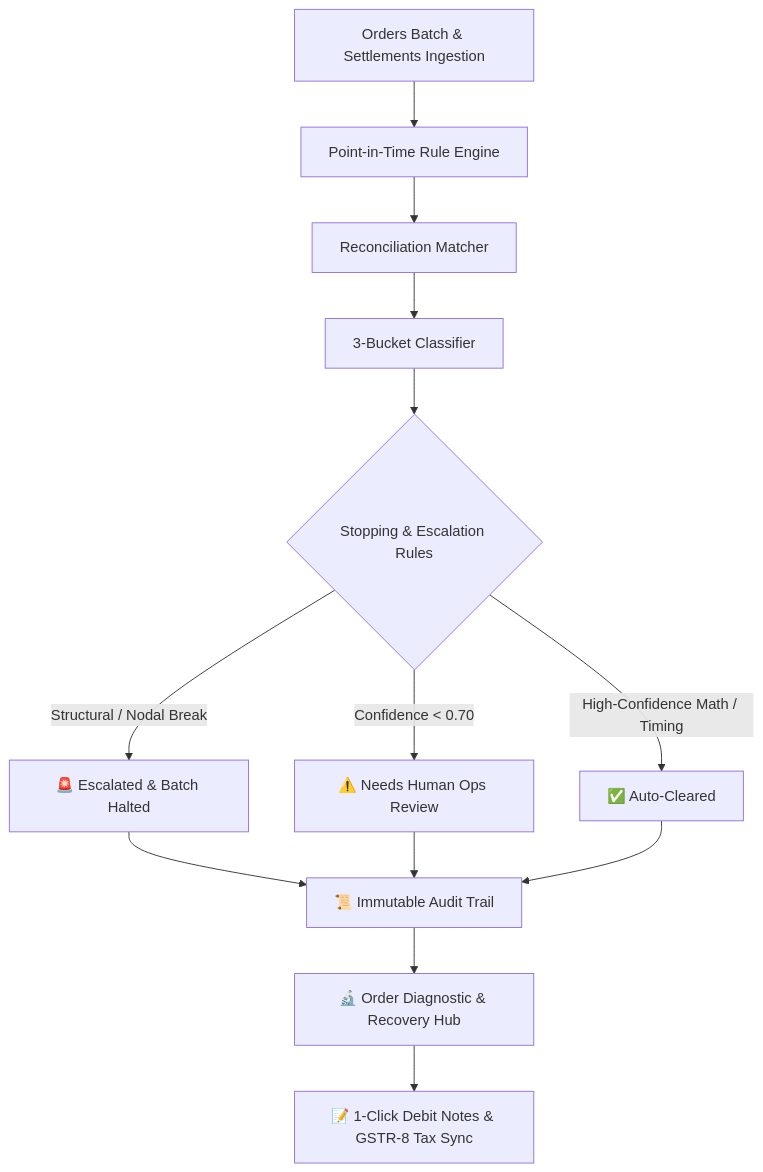
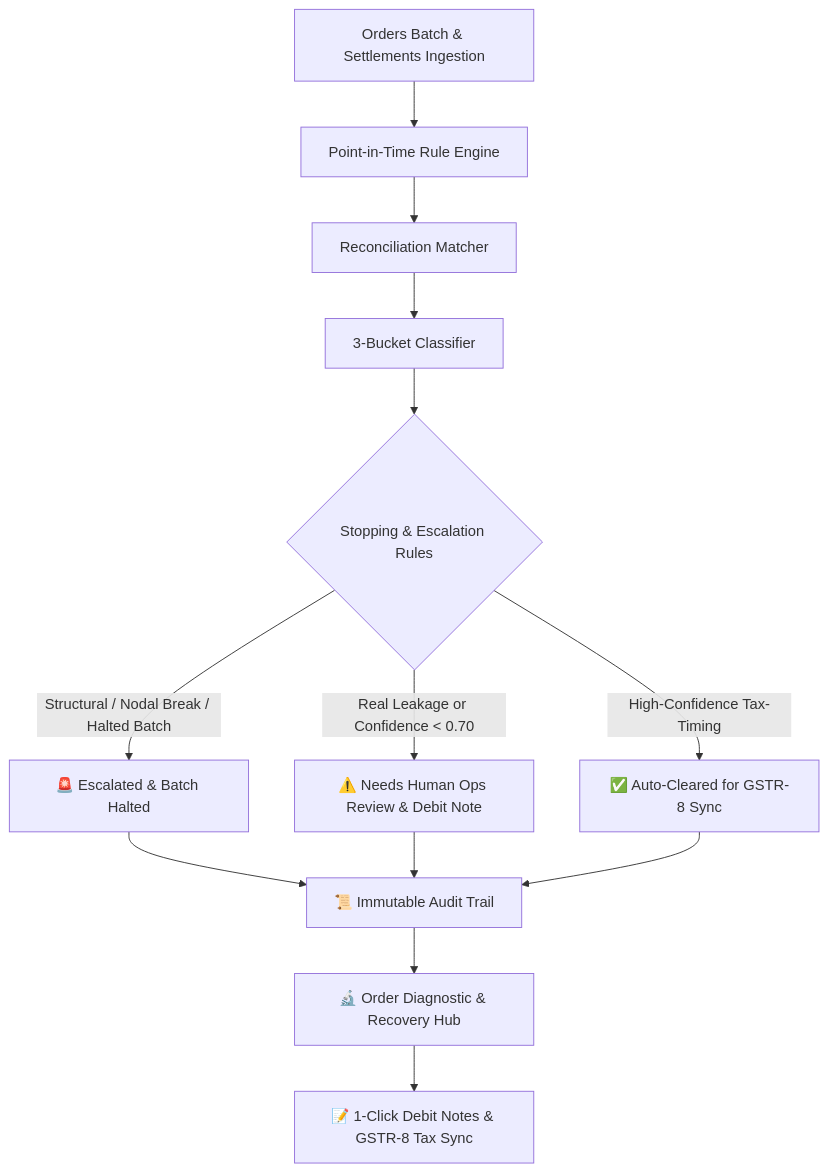
One commit to ParthKhandelwal537/split-settlement-leakage-detector changed the diagram in README.md. Above: the diagram before and after it, drawn with Mermaid. The commit also changed other lines of this file and 11 other files, not shown here.

````diff
--- a/README.md
+++ b/README.md
@@ -27,13 +27,13 @@
 ```mermaid
 graph TD
     A[Orders Batch & Settlements Ingestion] --> B[Point-in-Time Rule Engine]
     B --> C[Reconciliation Matcher]
     C --> D[3-Bucket Classifier]
     D --> E{Stopping & Escalation Rules}
-    E -->|Structural / Nodal Break| F[🚨 Escalated & Batch Halted]
-    E -->|Confidence < 0.70| G[⚠️ Needs Human Ops Review]
-    E -->|High-Confidence Math / Timing| H[✅ Auto-Cleared]
+    E -->|Structural / Nodal Break / Halted Batch| F[🚨 Escalated & Batch Halted]
+    E -->|Real Leakage or Confidence < 0.70| G[⚠️ Needs Human Ops Review & Debit Note]
+    E -->|High-Confidence Tax-Timing| H[✅ Auto-Cleared for GSTR-8 Sync]
     F & G & H --> I[📜 Immutable Audit Trail]
     I --> J[🔬 Order Diagnostic & Recovery Hub]
     J --> K[📝 1-Click Debit Notes & GSTR-8 Tax Sync]
 ```
````
